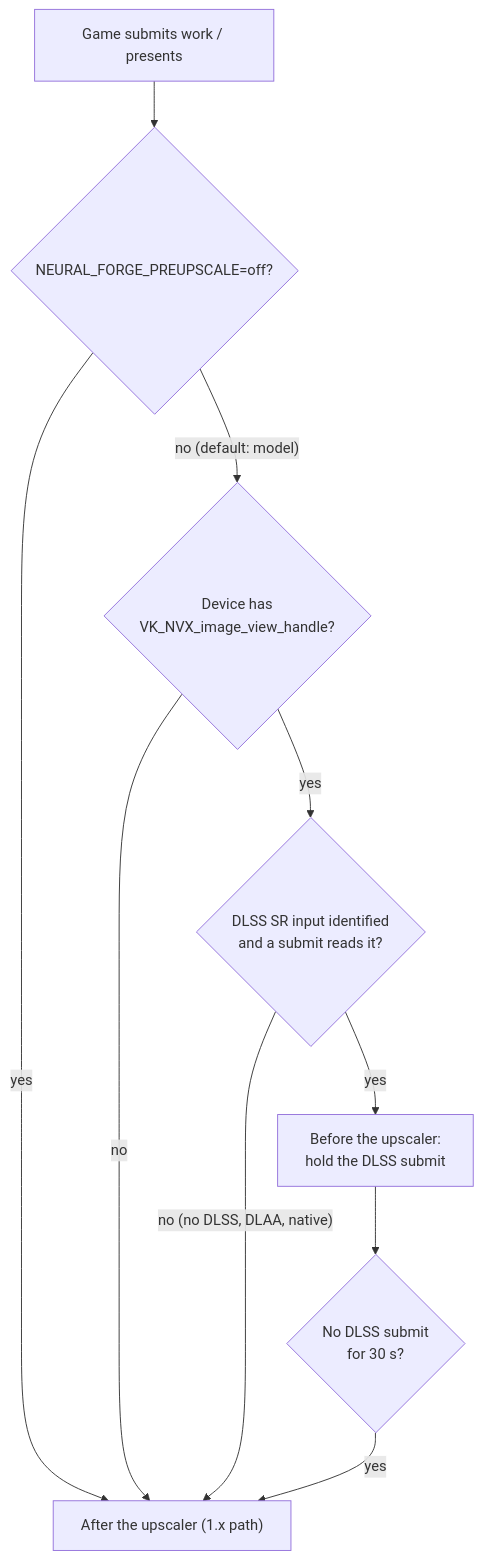
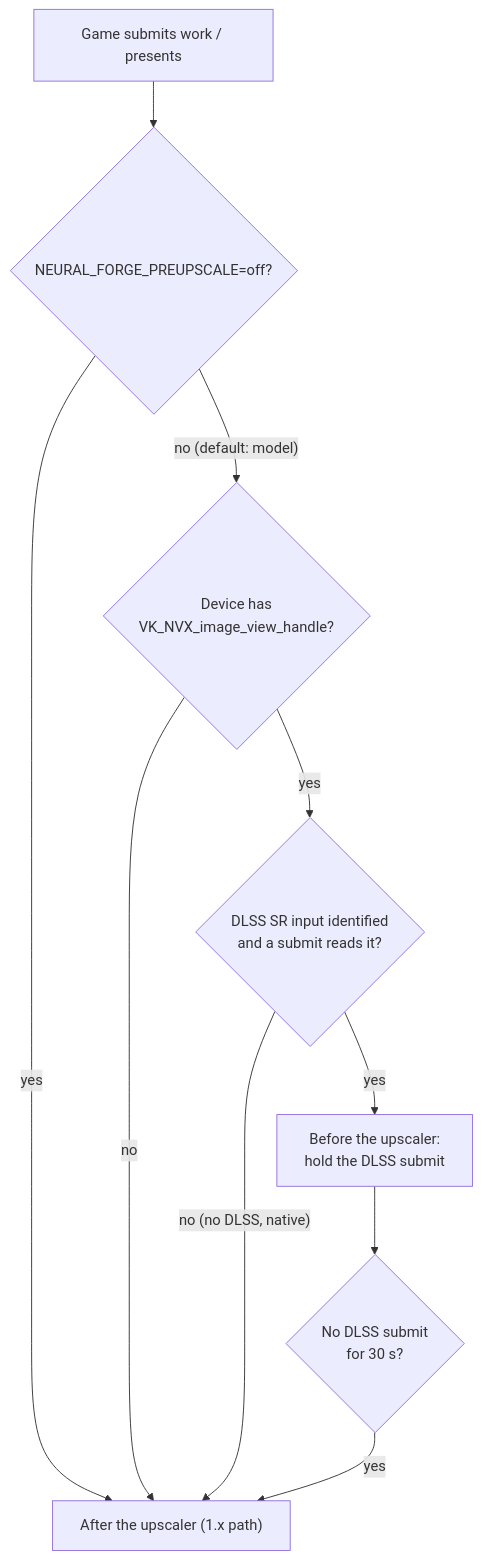
The second of 4 diagrams in docs/ARCHITECTURE.md (labj1987/neural-forge), drawn with Mermaid before and after one commit. The commit also changed other lines of this file and 7 other files, not shown here.

````diff
--- a/docs/ARCHITECTURE.md
+++ b/docs/ARCHITECTURE.md
@@ -146,12 +146,12 @@
 ```mermaid
 flowchart TD
     start["Game submits work / presents"] --> mode{"NEURAL_FORGE_PREUPSCALE=off?"}
     mode -- yes --> post["After the upscaler (1.x path)"]
     mode -- "no (default: model)" --> nvx{"Device has<br/>VK_NVX_image_view_handle?"}
     nvx -- no --> post
     nvx -- yes --> dlss{"DLSS SR input identified<br/>and a submit reads it?"}
-    dlss -- "no (no DLSS, DLAA, native)" --> post
+    dlss -- "no (no DLSS, native)" --> post
     dlss -- yes --> pre["Before the upscaler:<br/>hold the DLSS submit"]
     pre --> handback{"No DLSS submit<br/>for 30 s?"}
     handback -- yes --> post
 ```
````
